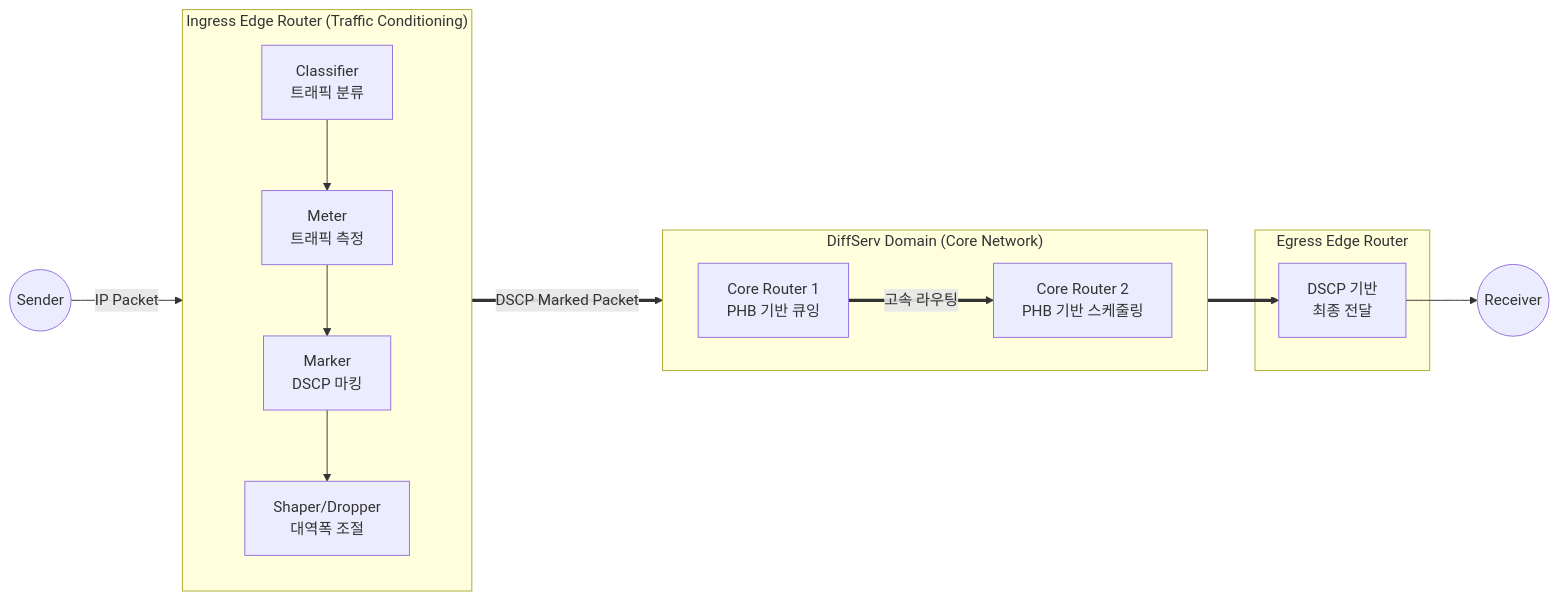
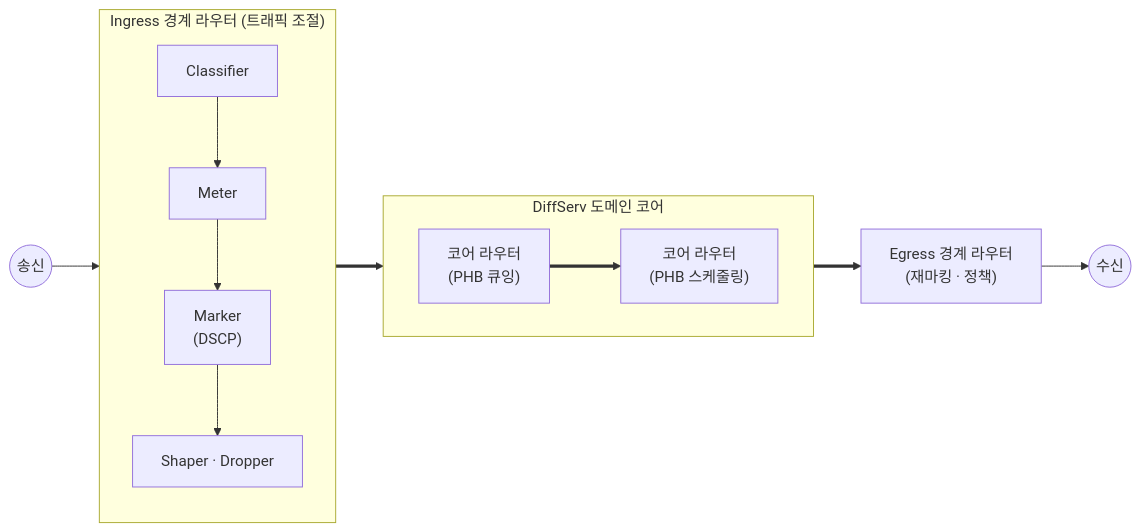
One commit to supremethumb/supremethumb.github.io changed the diagram in content/01_IT Tech/DiffServ (Differentiated Services).md. Above: the diagram before and after it, drawn with Mermaid. The commit also changed other lines of this file and 1087 other files, not shown here.

````diff
--- a/content/01_IT Tech/DiffServ (Differentiated Services).md
+++ b/content/01_IT Tech/DiffServ (Differentiated Services).md
@@ -27,30 +36,17 @@
 ```mermaid
 flowchart LR
-    HostA((Sender))
-    HostB((Receiver))
-    
-    subgraph Edge1 ["Ingress Edge Router (Traffic Conditioning)"]
+    H1(("송신"))
+    subgraph IN["Ingress 경계 라우터 (트래픽 조절)"]
         direction TB
-        C["Classifier<br>트래픽 분류"] --> M["Meter<br>트래픽 측정"]
-        M --> Mk["Marker<br>DSCP 마킹"]
-        Mk --> S["Shaper/Dropper<br>대역폭 조절"]
+        C["Classifier"] --> M["Meter"] --> MK["Marker<br/>(DSCP)"] --> SD["Shaper · Dropper"]
     end
-
-    subgraph Core ["DiffServ Domain (Core Network)"]
+    subgraph CORE["DiffServ 도메인 코어"]
         direction LR
-        CR1["Core Router 1<br>PHB 기반 큐잉"]
-        CR2["Core Router 2<br>PHB 기반 스케줄링"]
-        CR1 == "고속 라우팅" ==> CR2
+        CR1["코어 라우터<br/>(PHB 큐잉)"] ==> CR2["코어 라우터<br/>(PHB 스케줄링)"]
     end
-    
-    subgraph Edge2 ["Egress Edge Router"]
-        EER["DSCP 기반<br>최종 전달"]
-    end
-
-    HostA -->|IP Packet| C
-    S == "DSCP Marked Packet" ==> CR1
-    CR2 ==> EER
-    EER --> HostB
-
-
+    EG["Egress 경계 라우터<br/>(재마킹 · 정책)"]
+    H2(("수신"))
+    H1 --> C
+    SD ==> CR1
+    CR2 ==> EG --> H2
 ```
````
